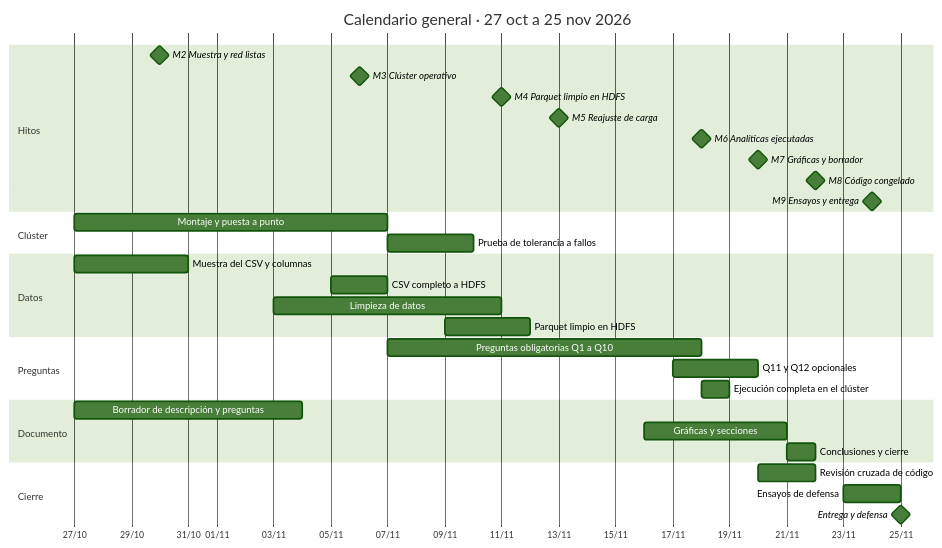
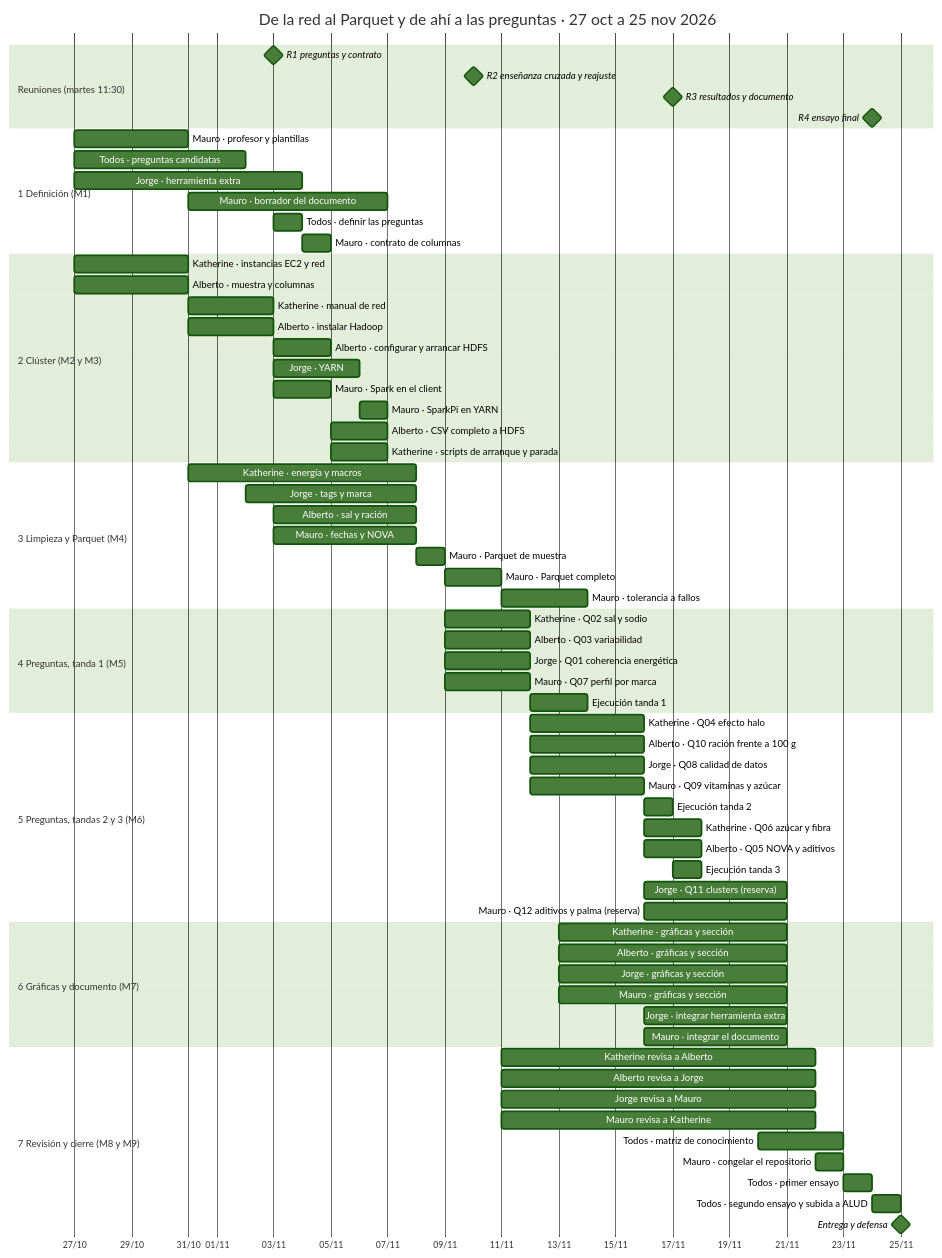
Before and after one commit to albertxestrada/BigData-OpenFoodFacts: the third of 7 diagrams in issues.md, drawn with Mermaid (forest theme). The commit also changed other lines of this file, not shown here.

First line of the commit message:
Replanificar por semanas, añadir M1, reuniones del martes y diagramas de dependencias

````diff
--- a/issues.md
+++ b/issues.md
@@ -73,35 +110,71 @@
 ```mermaid
 gantt
-    title Calendario general · 27 oct a 25 nov 2026
+    title De la red al Parquet y de ahí a las preguntas · 27 oct a 25 nov 2026
     dateFormat YYYY-MM-DD
     axisFormat %d/%m
-    section Hitos
-    M2 Muestra y red listas :milestone, 2026-10-30, 0d
-    M3 Clúster operativo :milestone, 2026-11-06, 0d
-    M4 Parquet limpio en HDFS :milestone, 2026-11-11, 0d
-    M5 Reajuste de carga :milestone, 2026-11-13, 0d
-    M6 Analíticas ejecutadas :milestone, 2026-11-18, 0d
-    M7 Gráficas y borrador :milestone, 2026-11-20, 0d
-    M8 Código congelado :milestone, 2026-11-22, 0d
-    M9 Ensayos y entrega :milestone, 2026-11-24, 0d
-    section Clúster
-    Montaje y puesta a punto :2026-10-27, 11d
-    Prueba de tolerancia a fallos :2026-11-07, 3d
-    section Datos
-    Muestra del CSV y columnas :2026-10-27, 4d
-    CSV completo a HDFS :2026-11-05, 2d
-    Limpieza de datos :2026-11-03, 8d
-    Parquet limpio en HDFS :2026-11-09, 3d
-    section Preguntas
-    Preguntas obligatorias Q1 a Q10 :2026-11-07, 11d
-    Q11 y Q12 opcionales :2026-11-17, 3d
-    Ejecución completa en el clúster :2026-11-18, 1d
-    section Documento
-    Borrador de descripción y preguntas :2026-10-27, 8d
-    Gráficas y secciones :2026-11-16, 5d
-    Conclusiones y cierre :2026-11-21, 1d
-    section Cierre
-    Revisión cruzada de código :2026-11-20, 2d
-    Ensayos de defensa :2026-11-23, 2d
+    section Reuniones (martes 11:30)
+    R1 preguntas y contrato :milestone, r1, 2026-11-03, 0d
+    R2 enseñanza cruzada y reajuste :milestone, r2, 2026-11-10, 0d
+    R3 resultados y documento :milestone, r3, 2026-11-17, 0d
+    R4 ensayo final :milestone, r4, 2026-11-24, 0d
+    section 1 Definición (M1)
+    Mauro · profesor y plantillas :d0, 2026-10-27, 4d
+    Todos · preguntas candidatas :q0, 2026-10-27, 6d
+    Jorge · herramienta extra :c1, 2026-10-27, 8d
+    Mauro · borrador del documento :d1, 2026-10-31, 7d
+    Todos · definir las preguntas :q1, 2026-11-03, 1d
+    Mauro · contrato de columnas :d3, after q1, 1d
+    section 2 Clúster (M2 y M3)
+    Katherine · instancias EC2 y red :a1, 2026-10-27, 4d
+    Alberto · muestra y columnas :b1, 2026-10-27, 4d
+    Katherine · manual de red :a2, 2026-10-31, 3d
+    Alberto · instalar Hadoop :b2a, after a1, 3d
+    Alberto · configurar y arrancar HDFS :b2b, after b2a, 2d
+    Jorge · YARN :c2, after b2a, 3d
+    Mauro · Spark en el client :d2a, 2026-11-03, 2d
+    Mauro · SparkPi en YARN :d2b, after c2, 1d
+    Alberto · CSV completo a HDFS :b3, after b2b, 2d
+    Katherine · scripts de arranque y parada :a3, after b2b, 2d
+    section 3 Limpieza y Parquet (M4)
+    Katherine · energía y macros :a4, 2026-10-31, 8d
+    Jorge · tags y marca :c3, 2026-11-02, 6d
+    Alberto · sal y ración :b4, 2026-11-03, 5d
+    Mauro · fechas y NOVA :d4, 2026-11-03, 5d
+    Mauro · Parquet de muestra :d5, after a4 b4 c3 d4, 1d
+    Mauro · Parquet completo :d6, after d5 b3, 2d
+    Mauro · tolerancia a fallos :d8, after d6, 3d
+    section 4 Preguntas, tanda 1 (M5)
+    Katherine · Q02 sal y sodio :a5, after d5, 3d
+    Alberto · Q03 variabilidad :b5, after d5, 3d
+    Jorge · Q01 coherencia energética :c4, after d5, 3d
+    Mauro · Q07 perfil por marca :d7, after d5, 3d
+    Ejecución tanda 1 :e1, 2026-11-12, 2d
+    section 5 Preguntas, tandas 2 y 3 (M6)
+    Katherine · Q04 efecto halo :a6, after a5, 4d
+    Alberto · Q10 ración frente a 100 g :b6, after b5, 4d
+    Jorge · Q08 calidad de datos :c5, after c4, 4d
+    Mauro · Q09 vitaminas y azúcar :d9, after d7, 4d
+    Ejecución tanda 2 :e2, 2026-11-16, 1d
+    Katherine · Q06 azúcar y fibra :a7, after a6, 2d
+    Alberto · Q05 NOVA y aditivos :b7, after b6, 2d
+    Ejecución tanda 3 :e3, 2026-11-17, 1d
+    Jorge · Q11 clusters (reserva) :c6, after c5, 5d
+    Mauro · Q12 aditivos y palma (reserva) :d10, after d9, 5d
+    section 6 Gráficas y documento (M7)
+    Katherine · gráficas y sección :a8, 2026-11-13, 8d
+    Alberto · gráficas y sección :b8, 2026-11-13, 8d
+    Jorge · gráficas y sección :c8, 2026-11-13, 8d
+    Mauro · gráficas y sección :d12, 2026-11-13, 8d
+    Jorge · integrar herramienta extra :c7, 2026-11-16, 5d
+    Mauro · integrar el documento :d11, 2026-11-16, 5d
+    section 7 Revisión y cierre (M8 y M9)
+    Katherine revisa a Alberto :a9, 2026-11-11, 11d
+    Alberto revisa a Jorge :b9, 2026-11-11, 11d
+    Jorge revisa a Mauro :c9, 2026-11-11, 11d
+    Mauro revisa a Katherine :d13, 2026-11-11, 11d
+    Todos · matriz de conocimiento :f1, 2026-11-20, 3d
+    Mauro · congelar el repositorio :d14, 2026-11-22, 1d
+    Todos · primer ensayo :f2, 2026-11-23, 1d
+    Todos · segundo ensayo y subida a ALUD :f3, 2026-11-24, 1d
     Entrega y defensa :milestone, 2026-11-25, 0d
 ```
````
